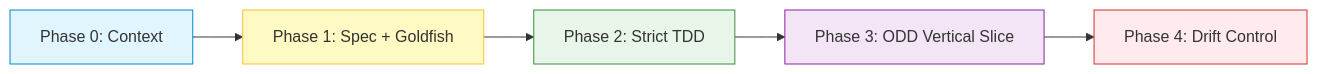
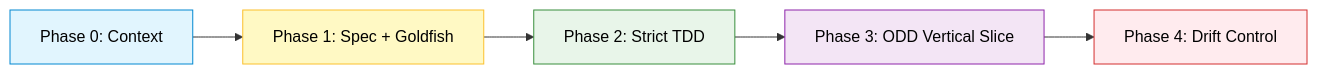
One commit to MrErov/keel-nav changed the diagram in README.md. Above: the diagram before and after it, drawn with Mermaid.

Commit message:
docs: fix Mermaid diagram text color for dark/light themes

````diff
--- a/README.md
+++ b/README.md
@@ -53,13 +53,13 @@
 ```mermaid
 flowchart LR
     P0[Phase 0: Context] --> P1[Phase 1: Spec + Goldfish]
     P1 --> P2[Phase 2: Strict TDD]
     P2 --> P3[Phase 3: ODD Vertical Slice]
     P3 --> P4[Phase 4: Drift Control]
 
-    style P0 fill:#e1f5fe,stroke:#0288d1
-    style P1 fill:#fff9c4,stroke:#fbc02d
-    style P2 fill:#e8f5e9,stroke:#388e3c
-    style P3 fill:#f3e5f5,stroke:#8e24aa
-    style P4 fill:#ffebee,stroke:#d32f2f
+    style P0 fill:#e1f5fe,stroke:#0288d1,color:#000
+    style P1 fill:#fff9c4,stroke:#fbc02d,color:#000
+    style P2 fill:#e8f5e9,stroke:#388e3c,color:#000
+    style P3 fill:#f3e5f5,stroke:#8e24aa,color:#000
+    style P4 fill:#ffebee,stroke:#d32f2f,color:#000
 ```
````
